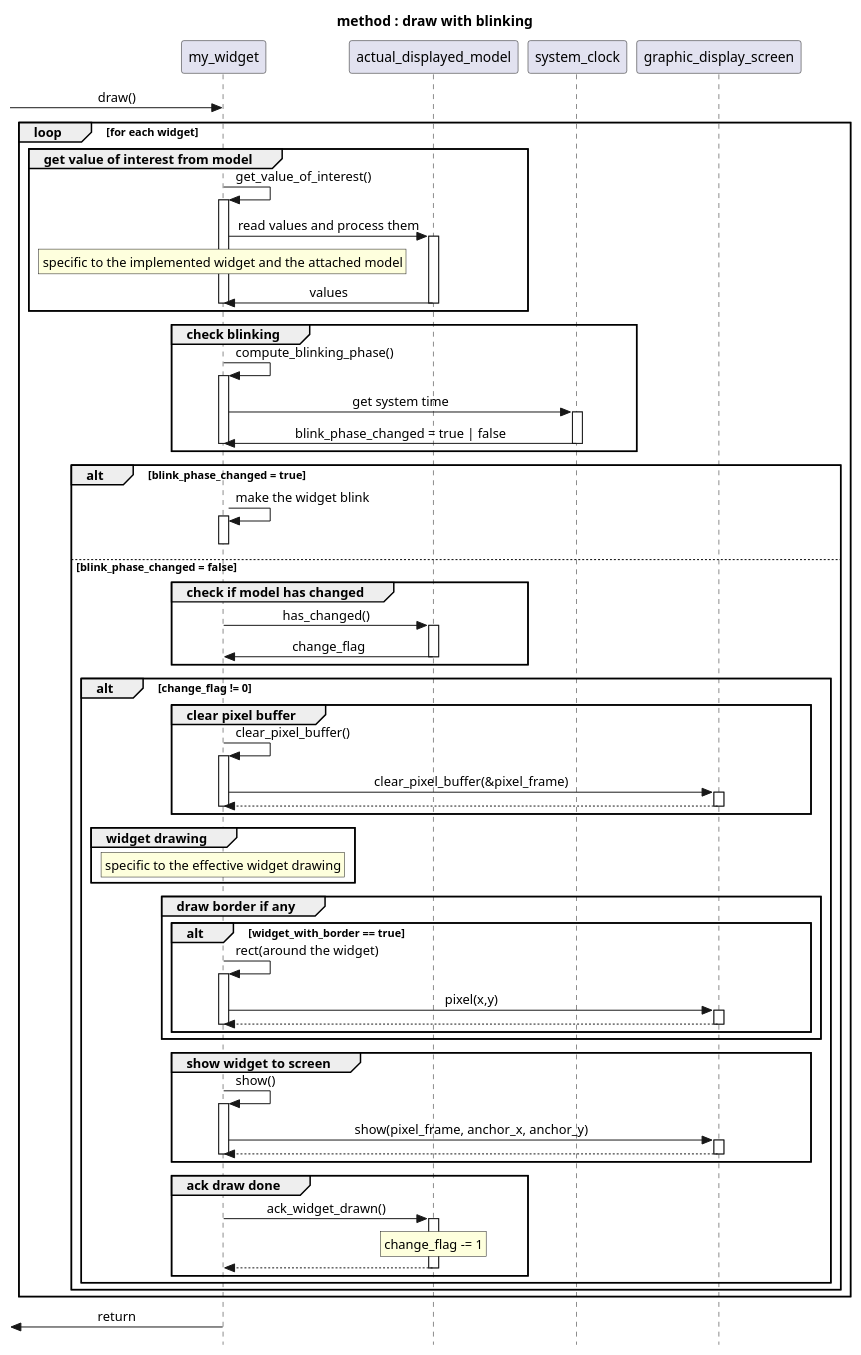
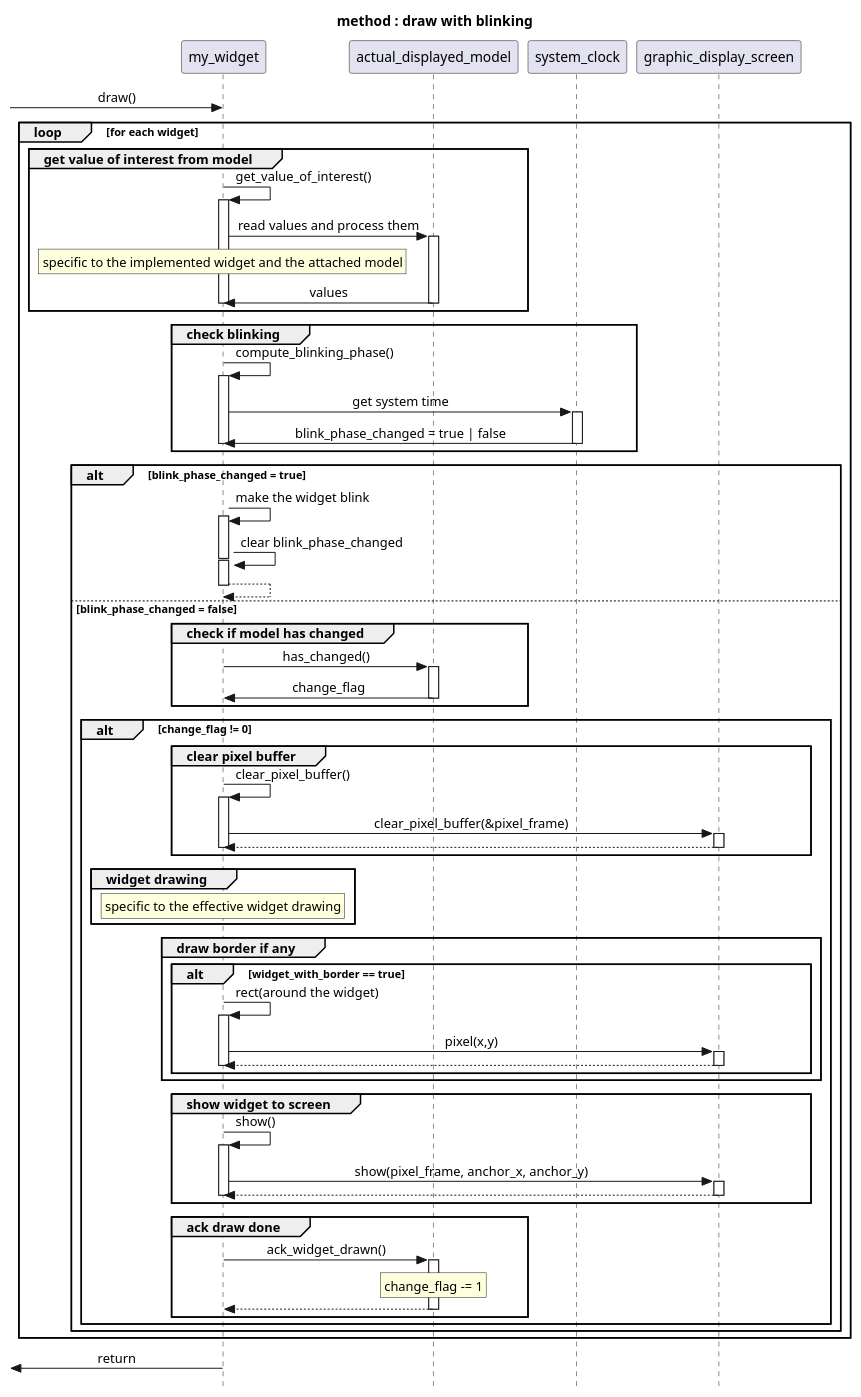
Before and after one commit to xiansnn/CPP_DevKit2: the first of 2 diagrams in docs/uml/draw_if_changed_scenario.puml, drawn with PlantUML. The commit also changed 1 other file, not shown here.

Commit message:
update uml

```diff
--- a/docs/uml/draw_if_changed_scenario.puml
+++ b/docs/uml/draw_if_changed_scenario.puml
@@ -1,71 +1,72 @@
 @startuml draw_with_blinking
 title method : draw with blinking
 skinparam style strictuml
 skinparam SequenceMessageAlignment center
 
 [-> my_widget : draw()
     
 loop for each widget
 group get value of interest from model
 my_widget->my_widget ++: get_value_of_interest()
 actual_displayed_model <- my_widget ++: read values and process them
 rnote over my_widget : specific to the implemented widget and the attached model
 actual_displayed_model -> my_widget --: values
 deactivate my_widget
 end
 group check blinking
 my_widget -> my_widget ++ : compute_blinking_phase()
 my_widget -> system_clock ++ : get system time
 my_widget <- system_clock --: blink_phase_changed = true | false
 deactivate my_widget
 end
 
 alt blink_phase_changed = true
-my_widget -> my_widget ++: make the widget blink
+my_widget -> my_widget --++: make the widget blink
+my_widget -> my_widget --++: clear blink_phase_changed
+return
 deactivate my_widget
-    
-else blink_phase_changed = false
     
 
 
+else blink_phase_changed = false
 group check if model has changed
 actual_displayed_model <- my_widget ++: has_changed()
 actual_displayed_model -> my_widget --: change_flag
 end
 alt change_flag != 0
 
 group clear pixel buffer
 my_widget -> my_widget ++: clear_pixel_buffer()
 my_widget -> graphic_display_screen ++: clear_pixel_buffer(&pixel_frame)
 return
 deactivate my_widget
 end
 group widget drawing
 rnote over my_widget : specific to the effective widget drawing
 end
 
 group draw border if any
 alt widget_with_border == true
 my_widget -> my_widget ++: rect(around the widget)
 my_widget -> graphic_display_screen ++: pixel(x,y)
 return
 deactivate my_widget
 end
 end
 group show widget to screen
 my_widget-> my_widget ++ : show()
 my_widget -> graphic_display_screen ++: show(pixel_frame, anchor_x, anchor_y)
 return
 deactivate my_widget
 end
 
 group ack draw done 
 my_widget -> actual_displayed_model ++: ack_widget_drawn()
 rnote over actual_displayed_model : change_flag -= 1
 return
 end
 end
 end
 end
 [<- my_widget: return
 @enduml
```
